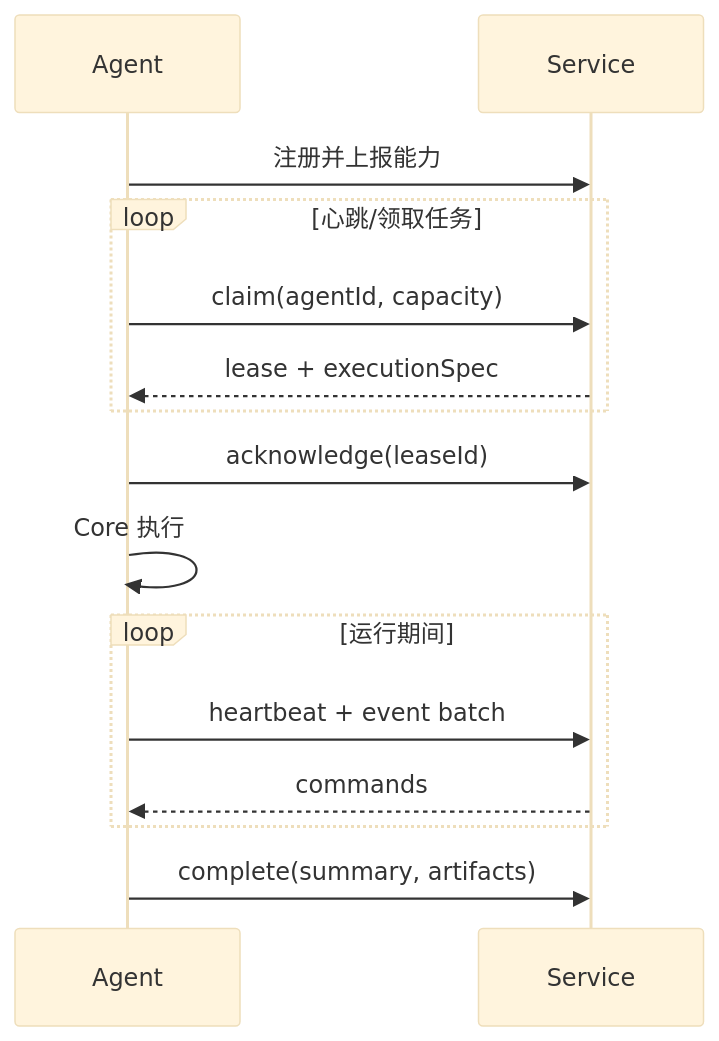
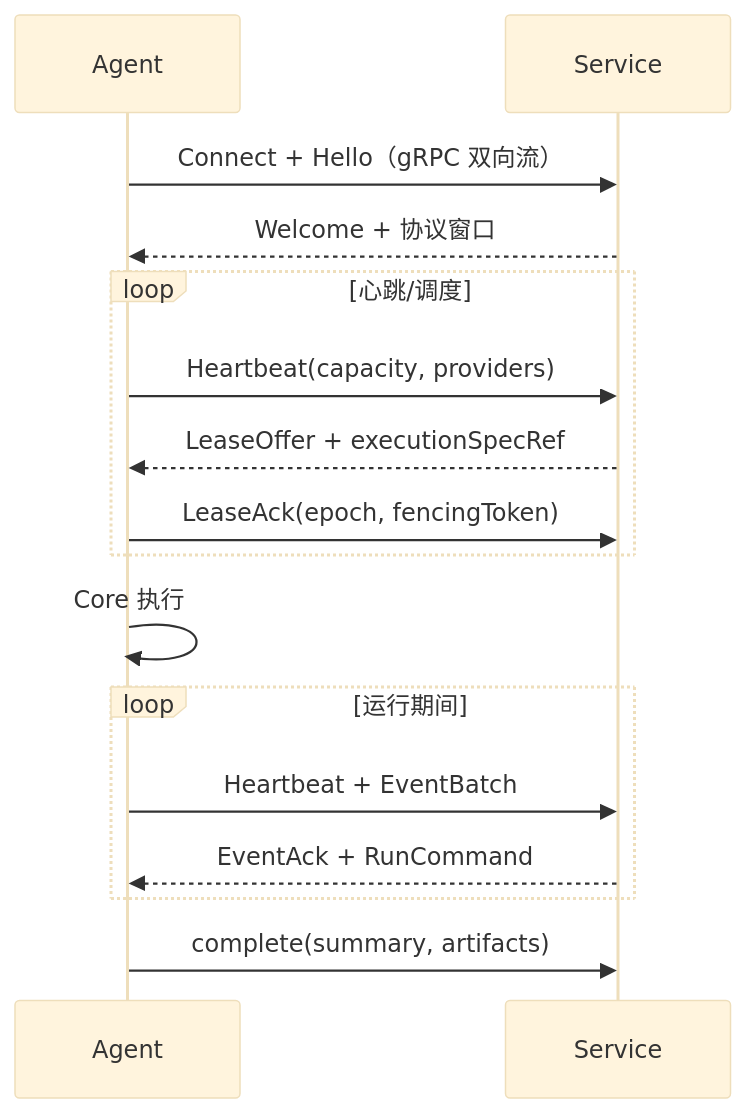
One commit to rememberber/WePush changed the sixth of 7 diagrams in next/docs/architecture-and-high-level-design.md. Above: the diagram before and after it, drawn with Mermaid (base theme). The commit also changed other lines of this file and 9 other files, not shown here.

````diff
--- a/next/docs/architecture-and-high-level-design.md
+++ b/next/docs/architecture-and-high-level-design.md
@@ -347,17 +353,18 @@
 ```mermaid
 sequenceDiagram
     participant A as Agent
     participant S as Service
-    A->>S: 注册并上报能力
-    loop 心跳/领取任务
-        A->>S: claim(agentId, capacity)
-        S-->>A: lease + executionSpec
+    A->>S: Connect + Hello（gRPC 双向流）
+    S-->>A: Welcome + 协议窗口
+    loop 心跳/调度
+        A->>S: Heartbeat(capacity, providers)
+        S-->>A: LeaseOffer + executionSpecRef
+        A->>S: LeaseAck(epoch, fencingToken)
     end
-    A->>S: acknowledge(leaseId)
     A->>A: Core 执行
     loop 运行期间
-        A->>S: heartbeat + event batch
-        S-->>A: commands
+        A->>S: Heartbeat + EventBatch
+        S-->>A: EventAck + RunCommand
     end
     A->>S: complete(summary, artifacts)
 ```
````
